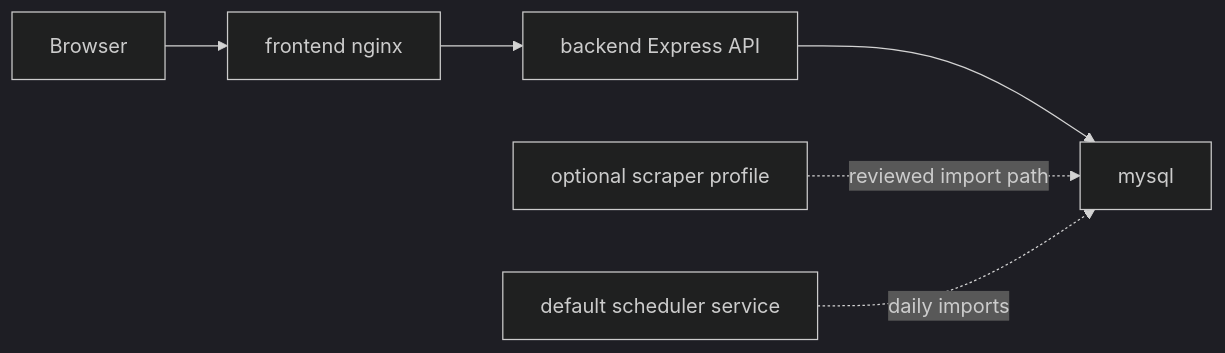
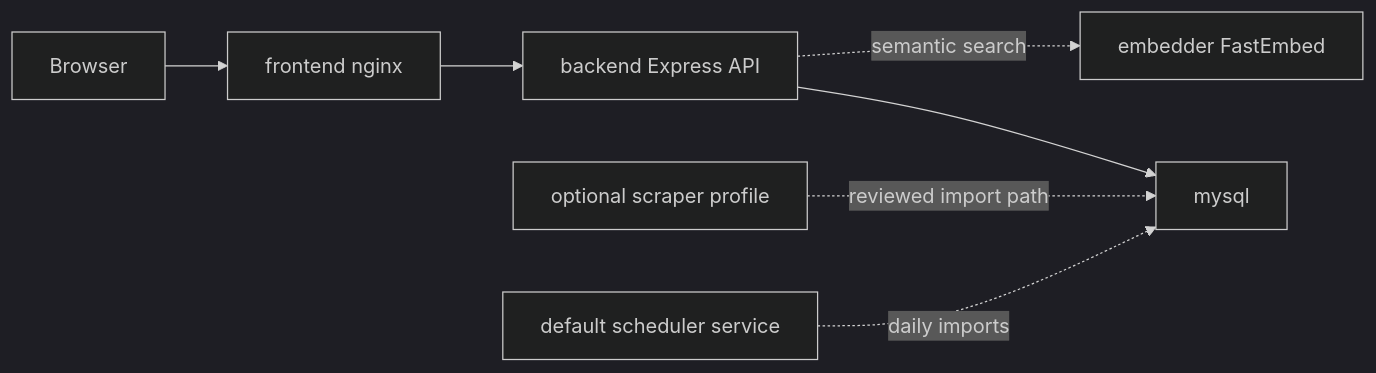
The diagram in README.md (ChaddBrenner/ElonMealsDB), drawn with Mermaid (dark theme) before and after one commit. The commit also changed other lines of this file and 41 other files, not shown here.

````diff
--- a/README.md
+++ b/README.md
@@ -46,8 +48,9 @@
 ```mermaid
 flowchart LR
   Browser["Browser"] --> Frontend["frontend nginx"]
   Frontend --> Backend["backend Express API"]
   Backend --> MySQL["mysql"]
+  Backend -. "semantic search" .-> Embedder["embedder FastEmbed"]
   Scraper["optional scraper profile"] -. "reviewed import path" .-> MySQL
   Scheduler["default scheduler service"] -. "daily imports" .-> MySQL
 ```
````
